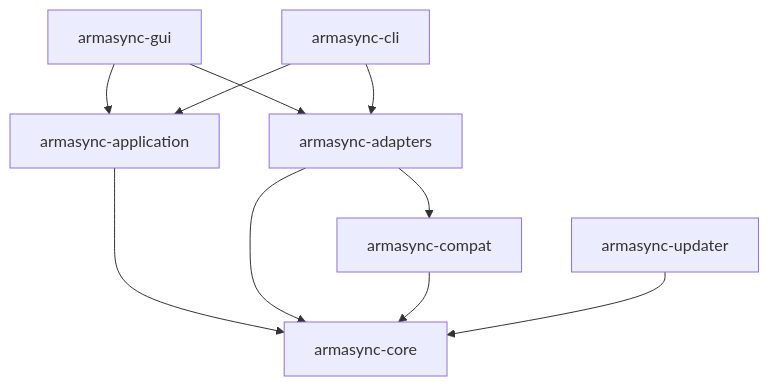
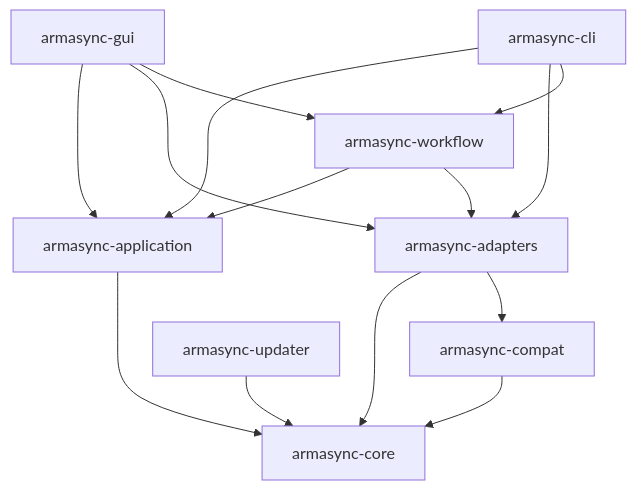
Before and after one commit to sancron/ArmaSync: the diagram in docs/migration/ARCHITECTURE.md, drawn with Mermaid. The commit also changed 17 other files, not shown here.

Commit message:
feat(MIG-031): add synchronisation GUI view on the shared workflow, GUI tests, evidence and release blockers

````diff
--- a/docs/migration/ARCHITECTURE.md
+++ b/docs/migration/ARCHITECTURE.md
@@ -7,12 +7,16 @@
 ```mermaid
 flowchart TD
   GUI[armasync-gui] --> APP[armasync-application]
   CLI[armasync-cli] --> APP
   APP --> CORE[armasync-core]
   GUI --> ADAPTERS[armasync-adapters]
   CLI --> ADAPTERS
   ADAPTERS --> CORE
   COMPAT[armasync-compat] --> CORE
   ADAPTERS --> COMPAT
+  WORKFLOW[armasync-workflow] --> APP
+  WORKFLOW --> ADAPTERS
+  CLI --> WORKFLOW
+  GUI --> WORKFLOW
   UPDATE[armasync-updater] --> CORE
 ```
````
